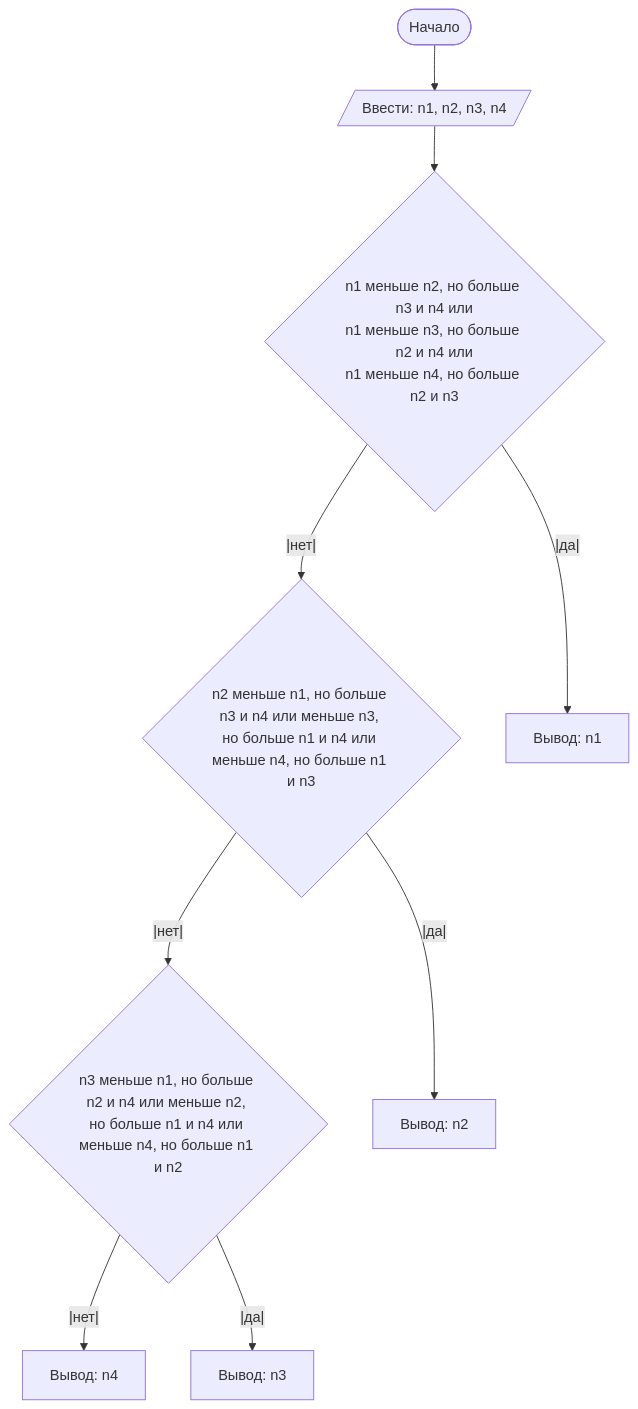
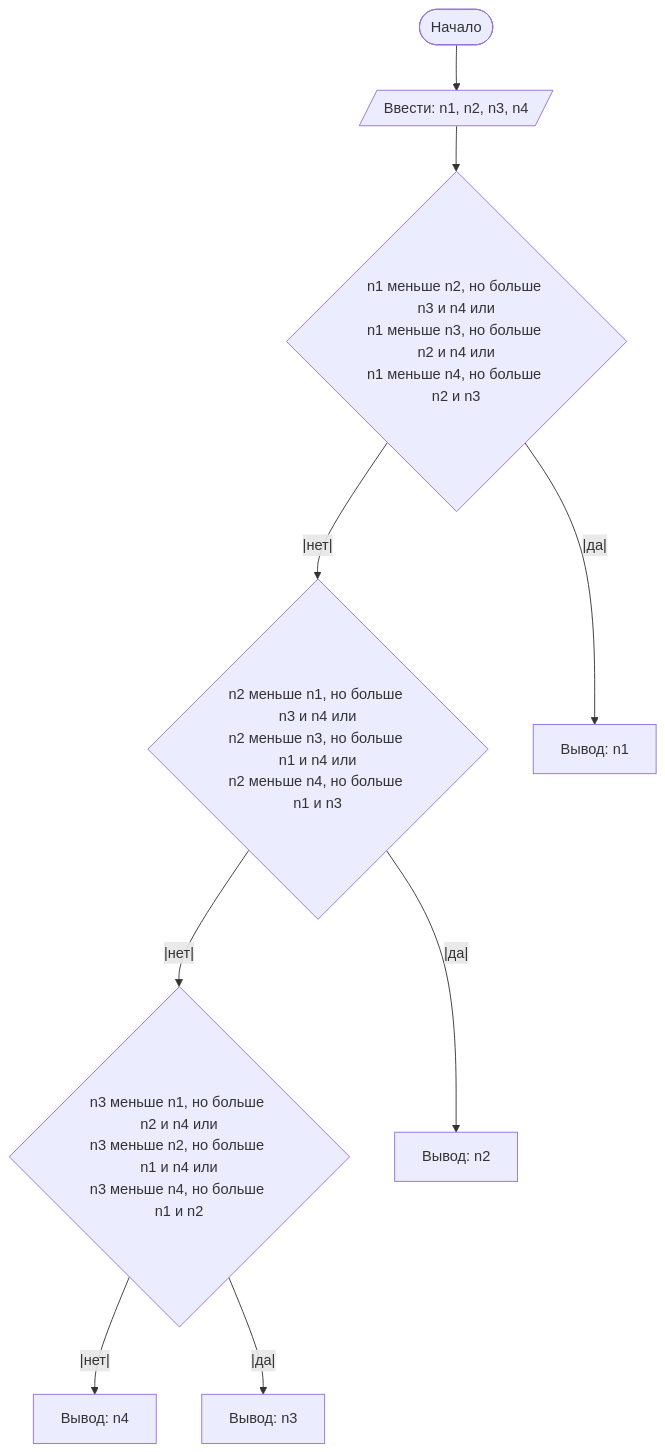
The diagram in README.md (Roman-Samoilenko/Lab1), drawn with Mermaid before and after one commit.

````diff
--- a/README.md
+++ b/README.md
@@ -49,13 +49,17 @@
 ```mermaid
 graph TD
     A([Начало]) --> B[/Ввести: n1, n2, n3, n4/]
     B --> C{n1 меньше n2, но больше n3 и n4 или
 n1 меньше n3, но больше n2 и n4 или
 n1 меньше n4, но больше n2 и n3}
-    C --|нет|--> D{n2 меньше n1, но больше n3 и n4 или меньше n3, но больше n1 и n4 или меньше n4, но больше n1 и n3}
+    C --|нет|--> D{n2 меньше n1, но больше n3 и n4 или
+n2 меньше n3, но больше n1 и n4 или
+n2 меньше n4, но больше n1 и n3}
     C --|да|--> CC[Вывод: n1]
-    D --|нет|--> E{n3 меньше n1, но больше n2 и n4 или меньше n2, но больше n1 и n4 или меньше n4, но больше n1 и n2}
+    D --|нет|--> E{n3 меньше n1, но больше n2 и n4 или
+n3 меньше n2, но больше n1 и n4 или
+n3 меньше n4, но больше n1 и n2}
     D --|да|--> DD[Вывод: n2]
     E --|нет|--> F[Вывод: n4]
     E --|да|--> FF[Вывод: n3]
 ```
````
